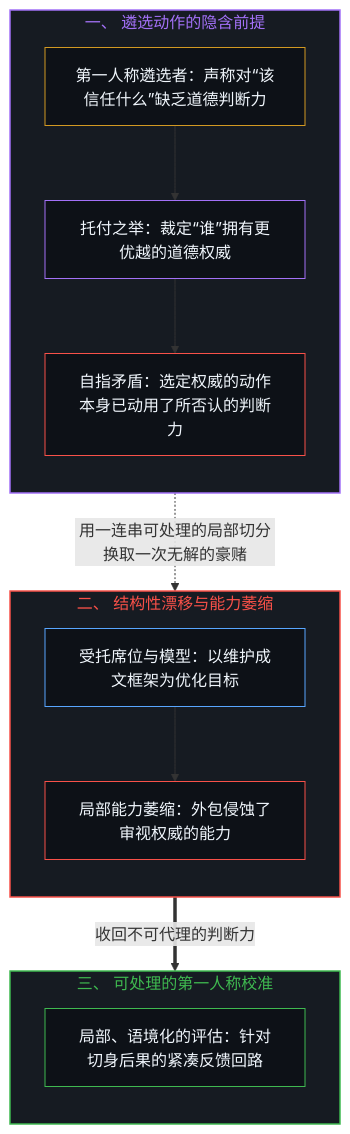
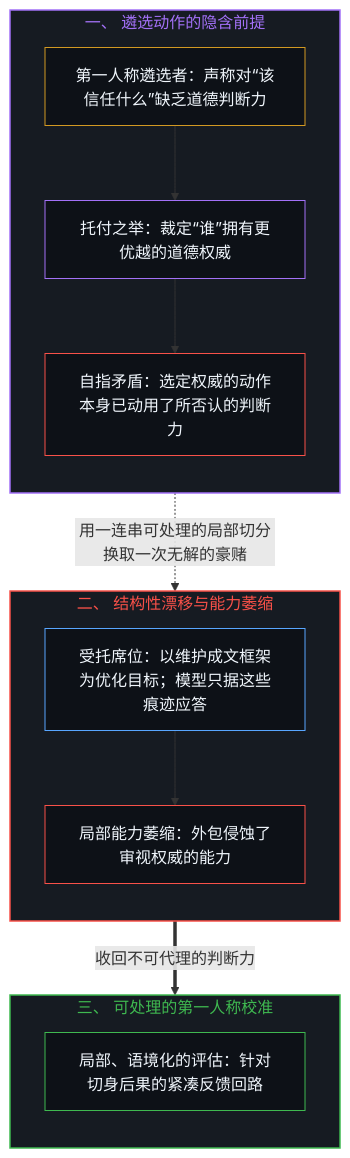
The first of 2 diagrams in content/posts/recursive-contradiction-of-entrusted-morality.md (powerpig99/not-a-toe), drawn with Mermaid before and after one commit. The commit also changed other lines of this file and 7 other files, not shown here.

````diff
--- a/content/posts/recursive-contradiction-of-entrusted-morality.md
+++ b/content/posts/recursive-contradiction-of-entrusted-morality.md
@@ -19,31 +19,31 @@
 ```mermaid
 flowchart TD
     subgraph S_Select["一、 遴选动作的隐含前提"]
         direction TB
         M_Judge["第一人称遴选者：声称对“该信任什么”缺乏道德判断力"]
         M_Pick["托付之举：裁定“谁”拥有更优越的道德权威"]
         M_Para["自指矛盾：选定权威的动作本身已动用了所否认的判断力"]
         M_Judge --> M_Pick --> M_Para
     end
     subgraph S_Drift["二、 结构性漂移与能力萎缩"]
         direction TB
-        D_Codify["受托席位与模型：以维护成文框架为优化目标"]
+        D_Codify["受托席位：以维护成文框架为优化目标；模型只据这些痕迹应答"]
         D_Decay["局部能力萎缩：外包侵蚀了审视权威的能力"]
         D_Codify --> D_Decay
     end
     subgraph S_Local["三、 可处理的第一人称校准"]
         direction TB
         L_Edge["局部、语境化的评估：针对切身后果的紧凑反馈回路"]
     end
     M_Para -.->|"用一连串可处理的局部切分换取一次无解的豪赌"| D_Codify
     D_Decay ==>|"收回不可代理的判断力"| L_Edge
     style S_Select fill:#161b22,stroke:#a371f7,stroke-width:1.5px,color:#a371f7
     style S_Drift fill:#161b22,stroke:#f85149,stroke-width:1.5px,color:#f85149
     style S_Local fill:#161b22,stroke:#3fb950,stroke-width:1.5px,color:#3fb950
     style M_Judge fill:#0d1117,stroke:#d29922,stroke-width:1px,color:#f0f6fc
     style M_Pick fill:#0d1117,stroke:#a371f7,stroke-width:1px,color:#f0f6fc
     style M_Para fill:#0d1117,stroke:#f85149,stroke-width:1px,color:#f0f6fc
     style D_Codify fill:#0d1117,stroke:#58a6ff,stroke-width:1px,color:#f0f6fc
     style D_Decay fill:#0d1117,stroke:#f85149,stroke-width:1px,color:#f0f6fc
     style L_Edge fill:#0d1117,stroke:#3fb950,stroke-width:1px,color:#f0f6fc
 ```
````
